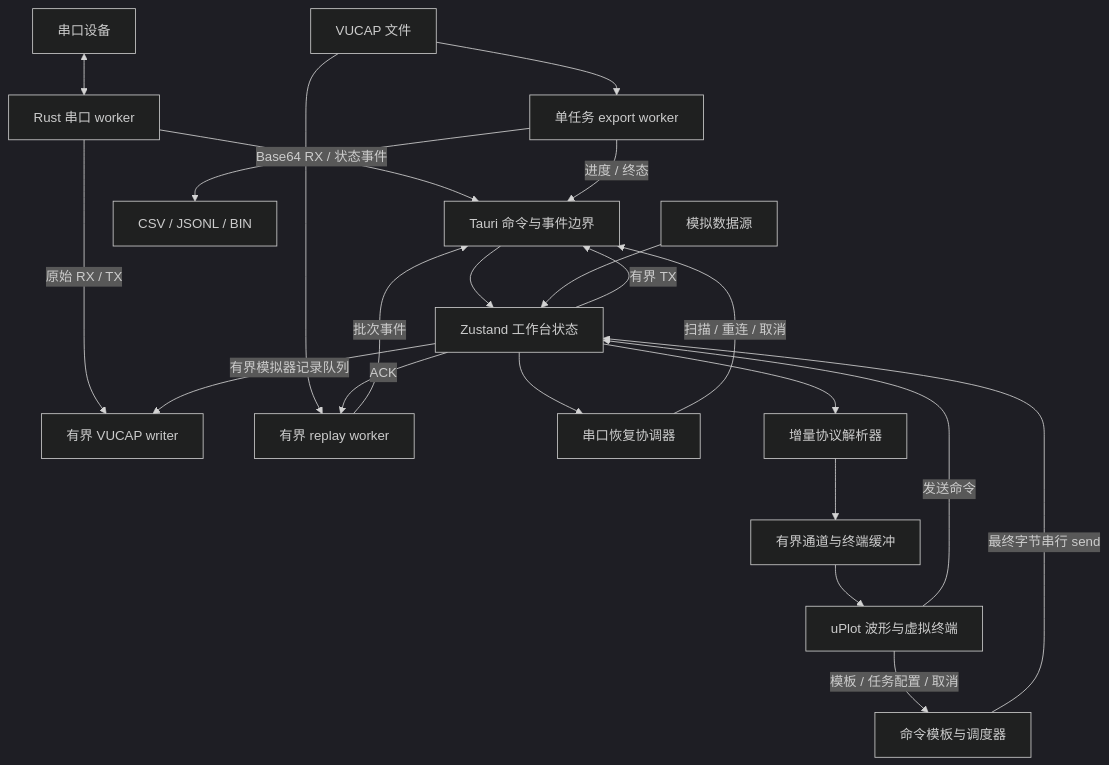
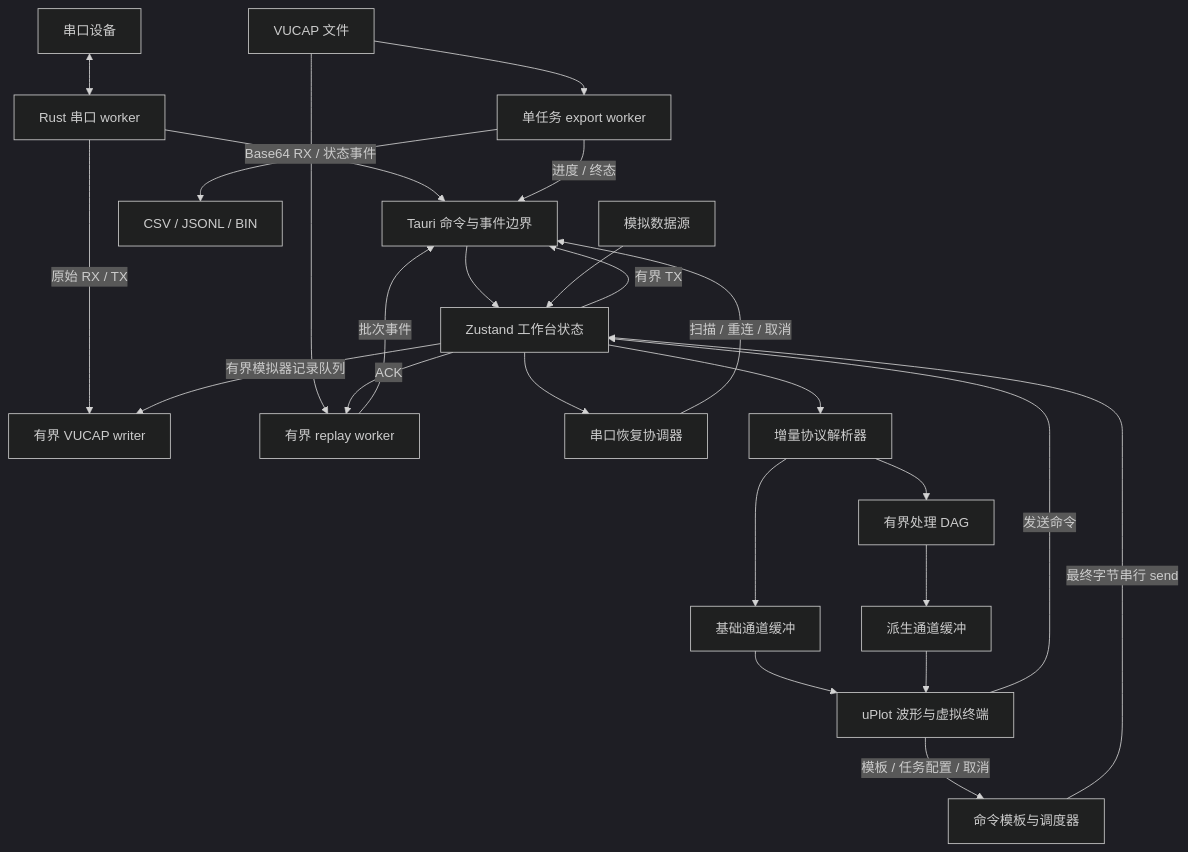
One commit to woai66/Vofa-Ultra changed the first of 2 diagrams in docs/architecture.md. Above: the diagram before and after it, drawn with Mermaid (dark theme). The commit also changed other lines of this file and 22 other files, not shown here.

Commit message:
feat: add bounded processing graph

````diff
--- a/docs/architecture.md
+++ b/docs/architecture.md
@@ -8,24 +9,27 @@
 ```mermaid
 flowchart TB
     Device[串口设备] <--> Worker[Rust 串口 worker]
     Worker -->|Base64 RX / 状态事件| Bridge[Tauri 命令与事件边界]
     Worker -->|原始 RX / TX| Recorder[有界 VUCAP writer]
     CaptureFile[VUCAP 文件] --> Replayer[有界 replay worker]
     CaptureFile --> Exporter[单任务 export worker]
     Exporter --> ExportFile[CSV / JSONL / BIN]
     Exporter -->|进度 / 终态| Bridge
     Replayer -->|批次事件| Bridge
     Store -->|ACK| Replayer
     Bridge --> Store[Zustand 工作台状态]
     Store --> Recovery[串口恢复协调器]
     Recovery -->|扫描 / 重连 / 取消| Bridge
     Store --> Parsers[增量协议解析器]
-    Parsers --> Buffers[有界通道与终端缓冲]
-    Buffers --> Views[uPlot 波形与虚拟终端]
+    Parsers --> RawBuffers[基础通道缓冲]
+    Parsers --> Processing[有界处理 DAG]
+    Processing --> DerivedBuffers[派生通道缓冲]
+    RawBuffers --> Views[uPlot 波形与虚拟终端]
+    DerivedBuffers --> Views
     Views -->|模板 / 任务配置 / 取消| Commands[命令模板与调度器]
     Commands -->|最终字节串行 send| Store
     Simulator[模拟数据源] --> Store
     Store -->|有界模拟器记录队列| Recorder
     Views -->|发送命令| Store
     Store -->|有界 TX| Bridge
 ```
````
